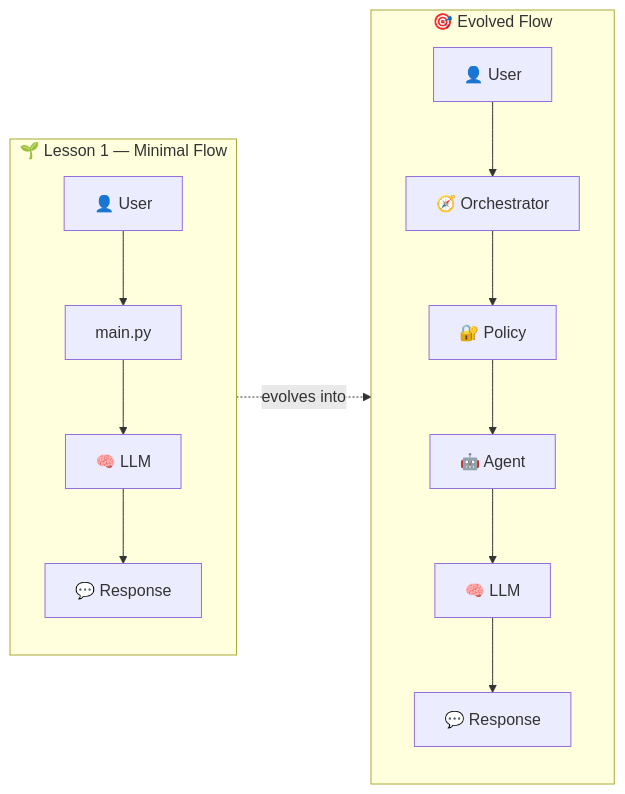
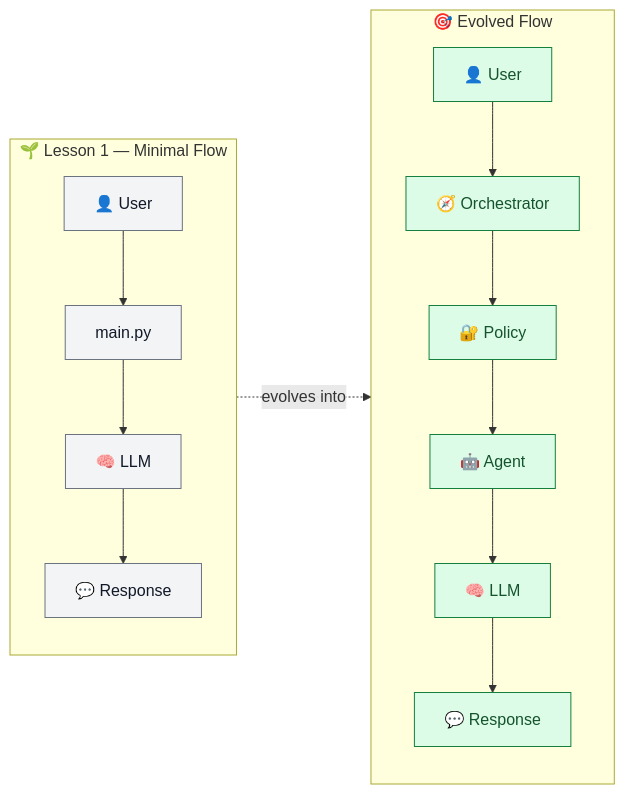
The fifth of 5 diagrams in Roughnotes.md (contactkkiran/enterprise-multi-agent-agent-native-platform), drawn with Mermaid before and after one commit. The commit also changed other lines of this file, not shown here.

````diff
--- a/Roughnotes.md
+++ b/Roughnotes.md
@@ -171,10 +240,15 @@
 ```mermaid
 flowchart LR
     subgraph V1["🌱 Lesson 1 — Minimal Flow"]
         U1["👤 User"] --> M1["main.py"] --> LLM1["🧠 LLM"] --> R1["💬 Response"]
     end
     subgraph V2["🎯 Evolved Flow"]
         U2["👤 User"] --> O2["🧭 Orchestrator"] --> P2["🔐 Policy"] --> Ag2["🤖 Agent"] --> LLM2["🧠 LLM"] --> R2["💬 Response"]
     end
     V1 -. evolves into .-> V2
+
+    classDef v1 fill:#f3f4f6,stroke:#6b7280,color:#111827
+    classDef v2 fill:#dcfce7,stroke:#15803d,color:#14532d
+    class U1,M1,LLM1,R1 v1
+    class U2,O2,P2,Ag2,LLM2,R2 v2
 ```
````
